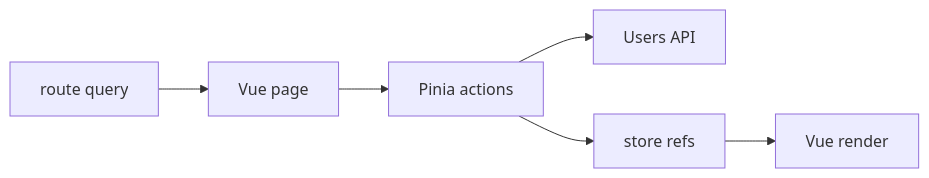
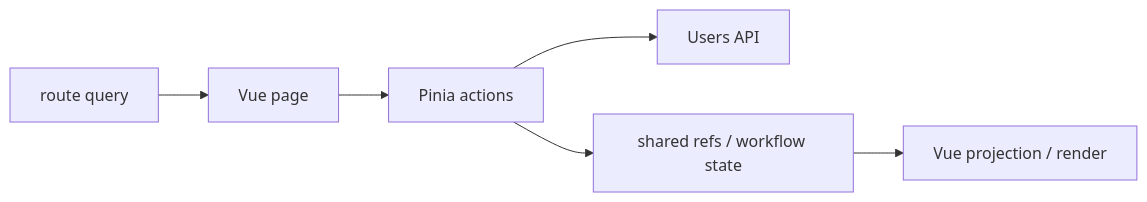
The third of 5 diagrams in docs/vue-async-ownership-talk-proposal.md (Luciano0322/v-tw-talk-2026), drawn with Mermaid before and after one commit. The commit also changed other lines of this file, not shown here.

````diff
--- a/docs/vue-async-ownership-talk-proposal.md
+++ b/docs/vue-async-ownership-talk-proposal.md
@@ -430,8 +573,8 @@
 ```mermaid
 flowchart LR
   Route[route query] --> Page[Vue page]
   Page --> Action[Pinia actions]
   Action --> API[Users API]
-  Action --> Store[store refs]
-  Store --> UI[Vue render]
+  Action --> Store[shared refs / workflow state]
+  Store --> UI[Vue projection / render]
 ```
````
